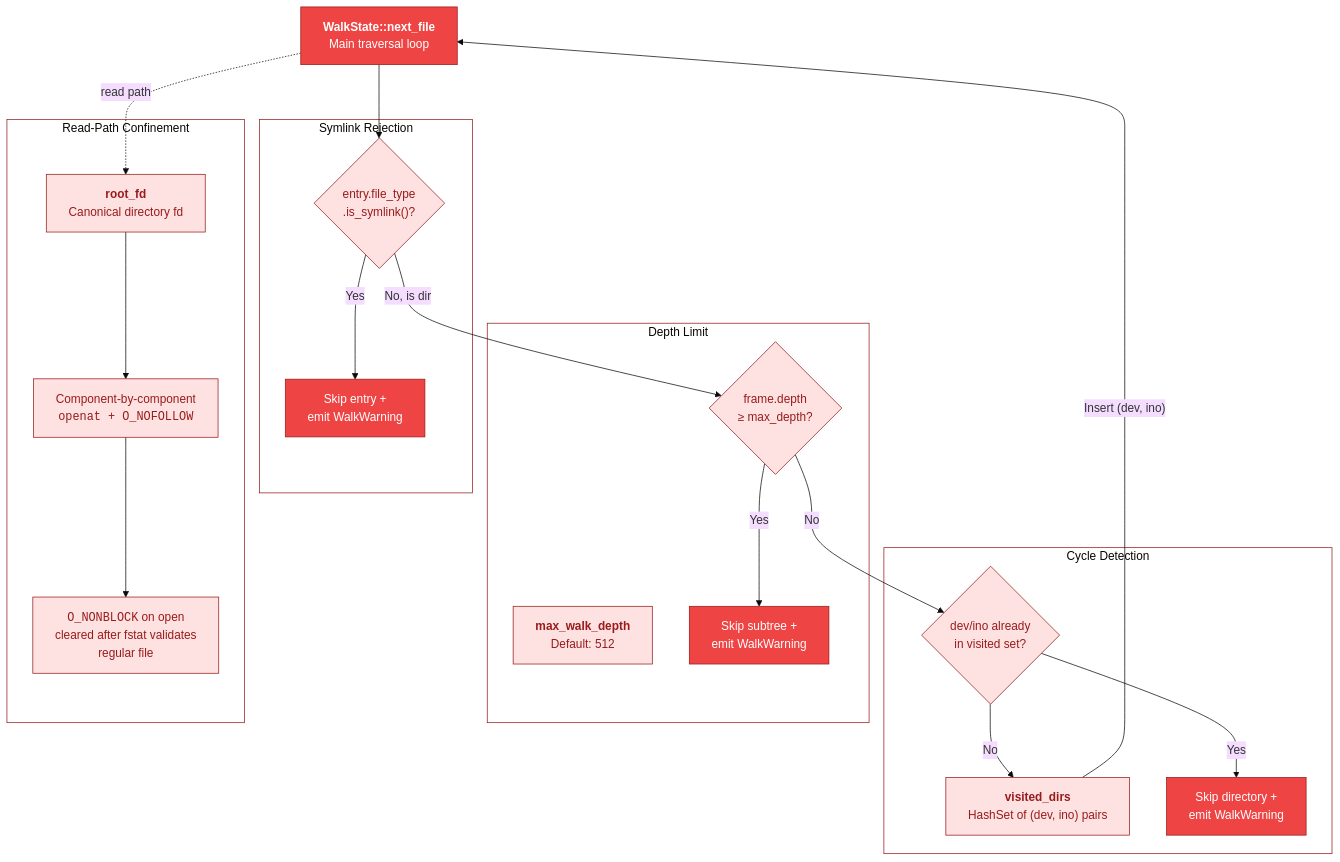
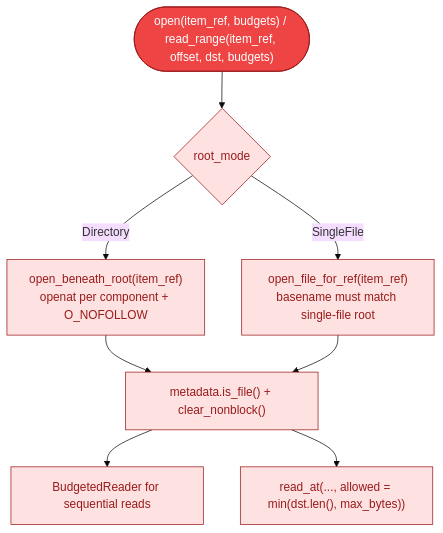
The fifth of 5 diagrams in diagrams/17-filesystem-walk-state-machine.md (ahrav/Gossip-rs), drawn with Mermaid (base theme) before and after one commit. The commit also changed other lines of this file and 10 other files, not shown here.

````diff
--- a/diagrams/17-filesystem-walk-state-machine.md
+++ b/diagrams/17-filesystem-walk-state-machine.md
@@ -373,60 +218,27 @@
 ```mermaid
-%% Diagram: walk-safety-mechanisms
-graph TD
-    WALK["<b>WalkState::next_file</b><br/>Main traversal loop"]
+%% Diagram: read-path-confinement
+flowchart TD
+    START(["open(item_ref, budgets) / read_range(item_ref, offset, dst, budgets)"])
+    MODE{"root_mode"}
+    DIR["open_beneath_root(item_ref)<br/>openat per component + O_NOFOLLOW"]
+    FILE["open_file_for_ref(item_ref)<br/>basename must match single-file root"]
+    VALIDATE["metadata.is_file() + clear_nonblock()"]
+    FULL["BudgetedReader for sequential reads"]
+    RANGE["read_at(..., allowed = min(dst.len(), max_bytes))"]
 
-    subgraph cycle["Cycle Detection"]
-        VIS["<b>visited_dirs</b><br/>HashSet of (dev, ino) pairs"]
-        CHK_CYCLE{"dev/ino already<br/>in visited set?"}
-        SKIP_CYCLE["Skip directory +<br/>emit WalkWarning"]
-    end
+    START --> MODE
+    MODE -->|"Directory"| DIR
+    MODE -->|"SingleFile"| FILE
+    DIR --> VALIDATE
+    FILE --> VALIDATE
+    VALIDATE --> FULL
+    VALIDATE --> RANGE
 
-    subgraph depth["Depth Limit"]
-        DEPTH_CFG["<b>max_walk_depth</b><br/>Default: 512"]
-        CHK_DEPTH{"frame.depth<br/>≥ max_depth?"}
-        SKIP_DEPTH["Skip subtree +<br/>emit WalkWarning"]
-    end
-
-    subgraph symlink["Symlink Rejection"]
-        CHK_SYM{"entry.file_type<br/>.is_symlink()?"}
-        SKIP_SYM["Skip entry +<br/>emit WalkWarning"]
-    end
-
-    subgraph openat["Read-Path Confinement"]
-        ROOT_FD["<b>root_fd</b><br/>Canonical directory fd"]
-        OPENAT["Component-by-component<br/><code>openat + O_NOFOLLOW</code>"]
-        NONBLOCK["<code>O_NONBLOCK</code> on open<br/>cleared after fstat validates<br/>regular file"]
-    end
-
-    WALK --> CHK_SYM
-    CHK_SYM -->|Yes| SKIP_SYM
-    CHK_SYM -->|No, is dir| CHK_DEPTH
-    CHK_DEPTH -->|Yes| SKIP_DEPTH
-    CHK_DEPTH -->|No| CHK_CYCLE
-    CHK_CYCLE -->|Yes| SKIP_CYCLE
-    CHK_CYCLE -->|No| VIS
-    VIS -->|"Insert (dev, ino)"| WALK
-
-    WALK -.->|"read path"| ROOT_FD
-    ROOT_FD --> OPENAT
-    OPENAT --> NONBLOCK
-
-    style WALK fill:#EF4444,stroke:#991B1B,color:#FFFFFF
-
-    style cycle fill:none,stroke:#991B1B,stroke-width:1px
-    style depth fill:none,stroke:#991B1B,stroke-width:1px
-    style symlink fill:none,stroke:#991B1B,stroke-width:1px
-    style openat fill:none,stroke:#991B1B,stroke-width:1px
-
-    style VIS fill:#FEE2E2,stroke:#991B1B,color:#991B1B
-    style CHK_CYCLE fill:#FEE2E2,stroke:#991B1B,color:#991B1B
-    style SKIP_CYCLE fill:#EF4444,stroke:#991B1B,color:#FFFFFF
-    style DEPTH_CFG fill:#FEE2E2,stroke:#991B1B,color:#991B1B
-    style CHK_DEPTH fill:#FEE2E2,stroke:#991B1B,color:#991B1B
-    style SKIP_DEPTH fill:#EF4444,stroke:#991B1B,color:#FFFFFF
-    style CHK_SYM fill:#FEE2E2,stroke:#991B1B,color:#991B1B
-    style SKIP_SYM fill:#EF4444,stroke:#991B1B,color:#FFFFFF
-    style ROOT_FD fill:#FEE2E2,stroke:#991B1B,color:#991B1B
-    style OPENAT fill:#FEE2E2,stroke:#991B1B,color:#991B1B
-    style NONBLOCK fill:#FEE2E2,stroke:#991B1B,color:#991B1B
+    style START fill:#EF4444,stroke:#991B1B,color:#FFFFFF
+    style MODE fill:#FEE2E2,stroke:#991B1B,color:#991B1B
+    style DIR fill:#FEE2E2,stroke:#991B1B,color:#991B1B
+    style FILE fill:#FEE2E2,stroke:#991B1B,color:#991B1B
+    style VALIDATE fill:#FEE2E2,stroke:#991B1B,color:#991B1B
+    style FULL fill:#FEE2E2,stroke:#991B1B,color:#991B1B
+    style RANGE fill:#FEE2E2,stroke:#991B1B,color:#991B1B
 ```
````
